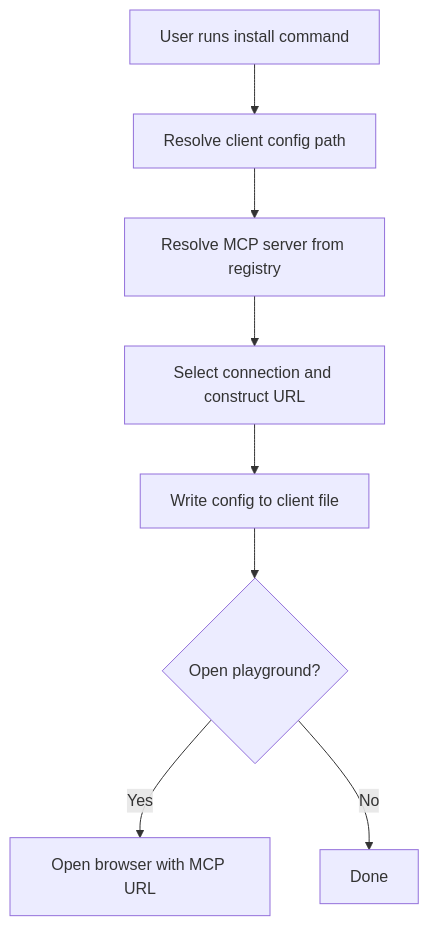
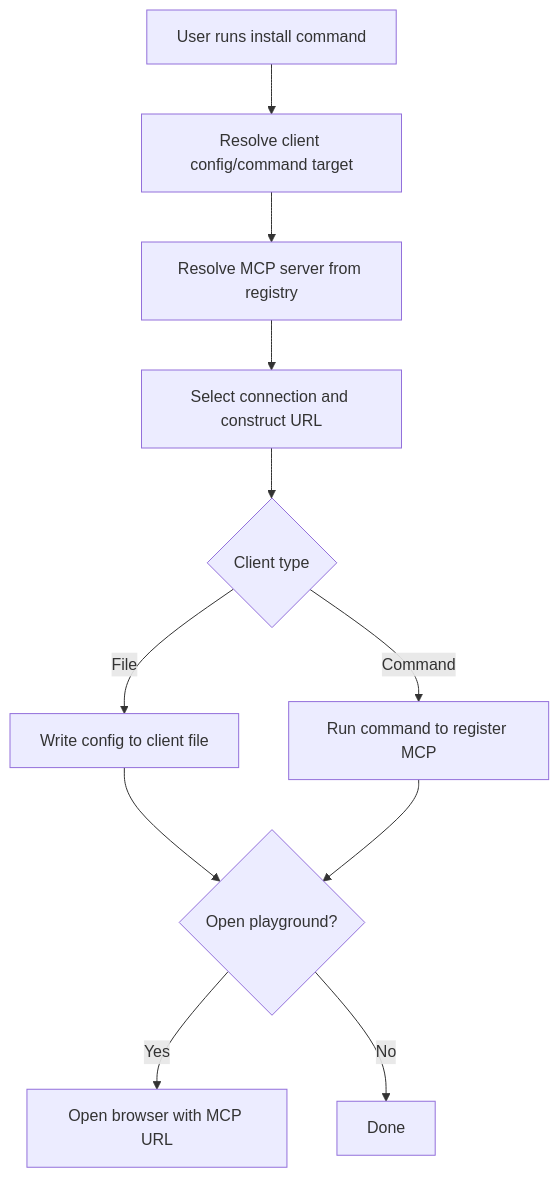
One commit to kazumah1/sigyl changed the diagram in state/deep-link-plan.md. Above: the diagram before and after it, drawn with Mermaid. The commit also changed other lines of this file and 4 other files, not shown here.

````diff
--- a/state/deep-link-plan.md
+++ b/state/deep-link-plan.md
@@ -163,10 +202,13 @@
 ```mermaid
 graph TD;
-  A[User runs install command] --> B[Resolve client config path];
+  A[User runs install command] --> B[Resolve client config/command target];
   B --> C[Resolve MCP server from registry];
   C --> D[Select connection and construct URL];
-  D --> E[Write config to client file];
-  E --> F{Open playground?};
-  F -- Yes --> G[Open browser with MCP URL];
-  F -- No --> H[Done];
+  D --> E{Client type};
+  E -- File --> F[Write config to client file];
+  E -- Command --> G[Run command to register MCP];
+  F --> H{Open playground?};
+  G --> H;
+  H -- Yes --> I[Open browser with MCP URL];
+  H -- No --> J[Done];
 ```
````
